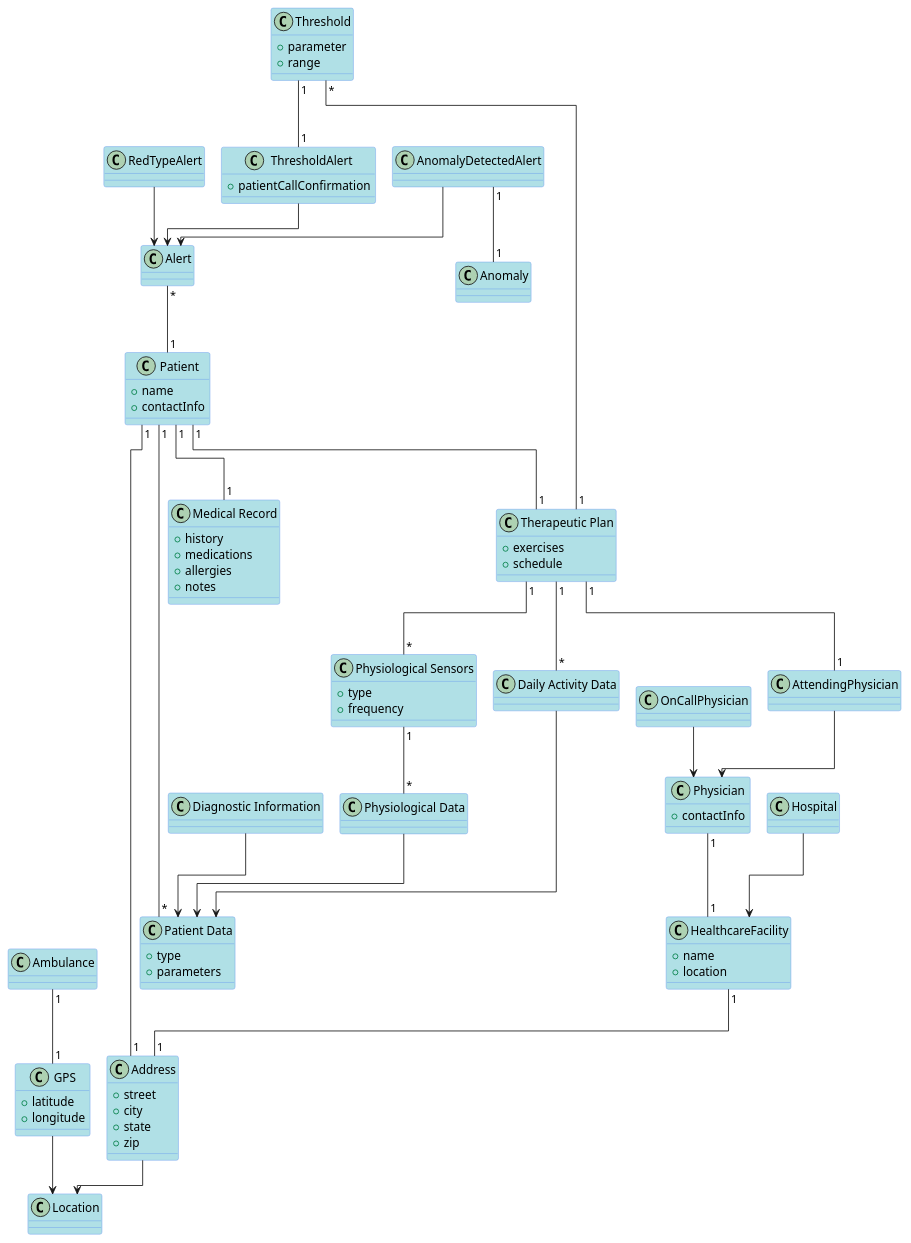
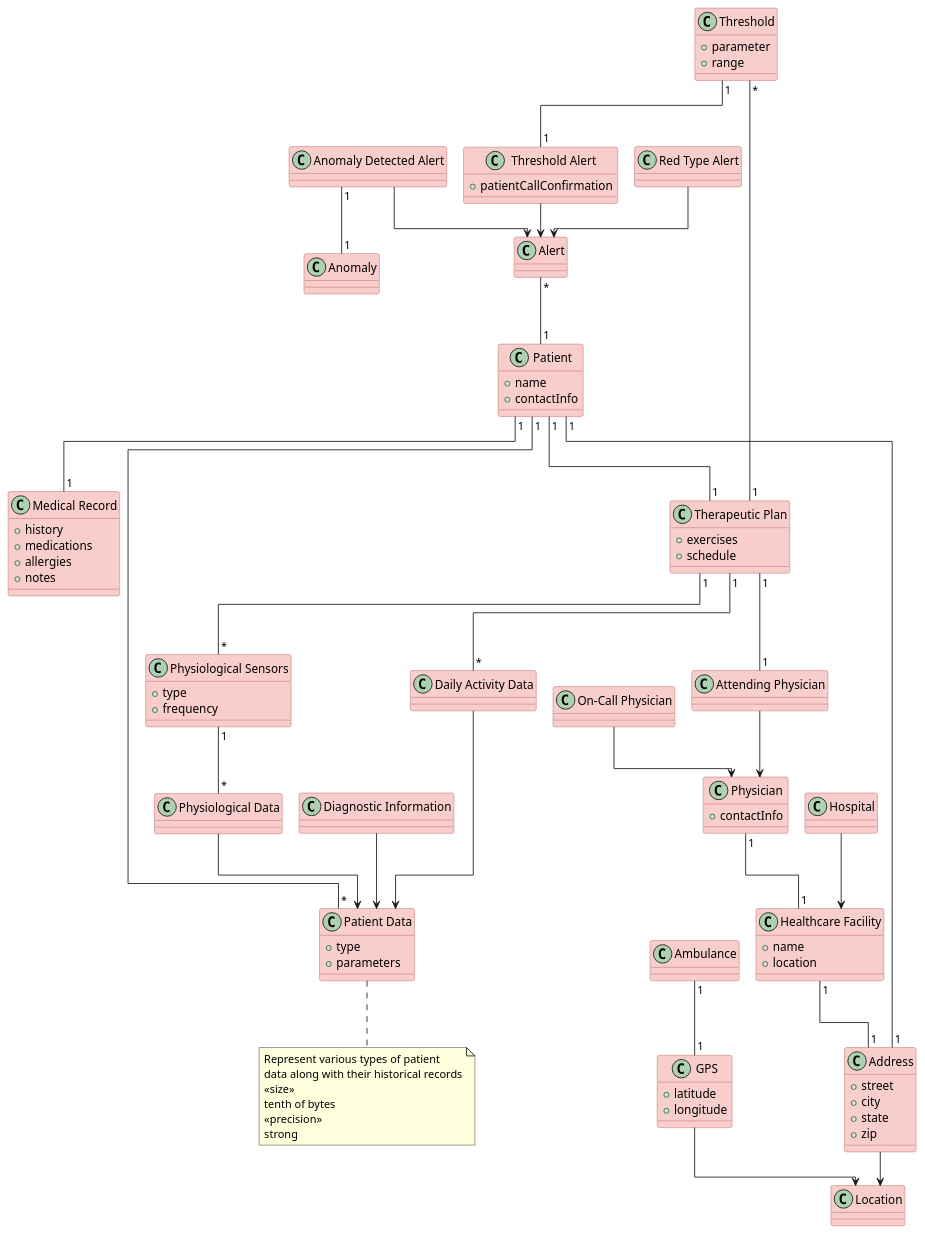
Before and after one commit to koalas11/Software-Architecture-Project: the diagram in diagrams/data_diagram.plantuml, drawn with PlantUML. The commit also changed 1 other file, not shown here.

```diff
--- a/diagrams/data_diagram.plantuml
+++ b/diagrams/data_diagram.plantuml
@@ -1,132 +1,141 @@
 @startuml data_diagram
 
-skinparam ClassBorderColor CornflowerBlue
-skinparam ClassBackgroundColor PowderBlue
-
+skinparam ClassBorderColor #B85450
+skinparam ClassBackgroundColor #F8CECC
+left to right direction
 !pragma layout elk
 ' Class diagram for the problem architecture (WHAT)
 
 class Patient {
   +name
   +contactInfo
 }
 
 class "Medical Record" as MedicalRecord {
   +history
   +medications
   +allergies
   +notes
 }
 
 class "Therapeutic Plan" as TherapeuticPlan {
   +exercises
   +schedule
 }
 
 class "Patient Data" as PatientData {
   +type
   +parameters
 }
 
 class "Diagnostic Information" as DiagnosticInformation {}
 
 class "Physiological Data" as PhysiologicalData {}
 
 class "Daily Activity Data" as DailyActivityData {}
 
 class Physician {
   +contactInfo
 }
 
-class AttendingPhysician {}
+class "Attending Physician" as AttendingPhysician {}
 
-class OnCallPhysician {}
+class "On-Call Physician" as OnCallPhysician {}
 
-class HealthcareFacility {
+class "Healthcare Facility" as HealthcareFacility {
   +name
   +location
 }
 
-class Hospital {}
+class "Hospital" as Hospital {}
 
-class Ambulance {}
+class "Ambulance" as Ambulance {}
 
-class Alert {}
+class "Alert" as Alert {}
 
-class RedTypeAlert {}
+class "Red Type Alert" as RedTypeAlert {}
 
-class AnomalyDetectedAlert {}
+class "Anomaly Detected Alert" as AnomalyDetectedAlert {}
 
-class ThresholdAlert {
+class "Threshold Alert" as ThresholdAlert {
   + patientCallConfirmation
 }
 
 RedTypeAlert --> Alert
 AnomalyDetectedAlert --> Alert
 ThresholdAlert --> Alert
 
 class Anomaly {}
 
 
 class Location {}
 
 class Address {
   +street
   +city
   +state
   +zip
 }
 
 class GPS {
   +latitude
   +longitude
 }
 
 class "Physiological Sensors" as PhysiologicalSensors {
   +type
   +frequency
 }
 
 class Threshold {
   +parameter
   +range
 }
 
 Threshold "*" -- "1" TherapeuticPlan
 TherapeuticPlan "1" -- "*" DailyActivityData
 TherapeuticPlan "1" -- "*" PhysiologicalSensors
 PhysiologicalSensors "1" -- "*" PhysiologicalData
 
 Address --> Location
 GPS --> Location
 
 HealthcareFacility "1" -- "1" Address
 Ambulance "1" -- "1" GPS
 Patient "1" -- "1" Address
 
 AnomalyDetectedAlert "1" -- "1" Anomaly
 
 ' Relationships
 Patient "1" -- "1" MedicalRecord
 Patient "1" -- "1" TherapeuticPlan
 Patient "1" -- "*" PatientData
 
 TherapeuticPlan "1" -- "1" AttendingPhysician
 
 Hospital --> HealthcareFacility
 
 Physician "1" -- "1" HealthcareFacility
 
 AttendingPhysician --> Physician
 OnCallPhysician --> Physician
 
 PhysiologicalData --> PatientData
 DailyActivityData --> PatientData
 DiagnosticInformation --> PatientData
 
 Alert "*" -- "1" Patient
 
 Threshold "1" -- "1" ThresholdAlert
 
 
+note right of PatientData
+Represent various types of patient 
+data along with their historical records
+<<size>>
+tenth of bytes
+<<precision>>
+strong
+end note
+
 @enduml
```
